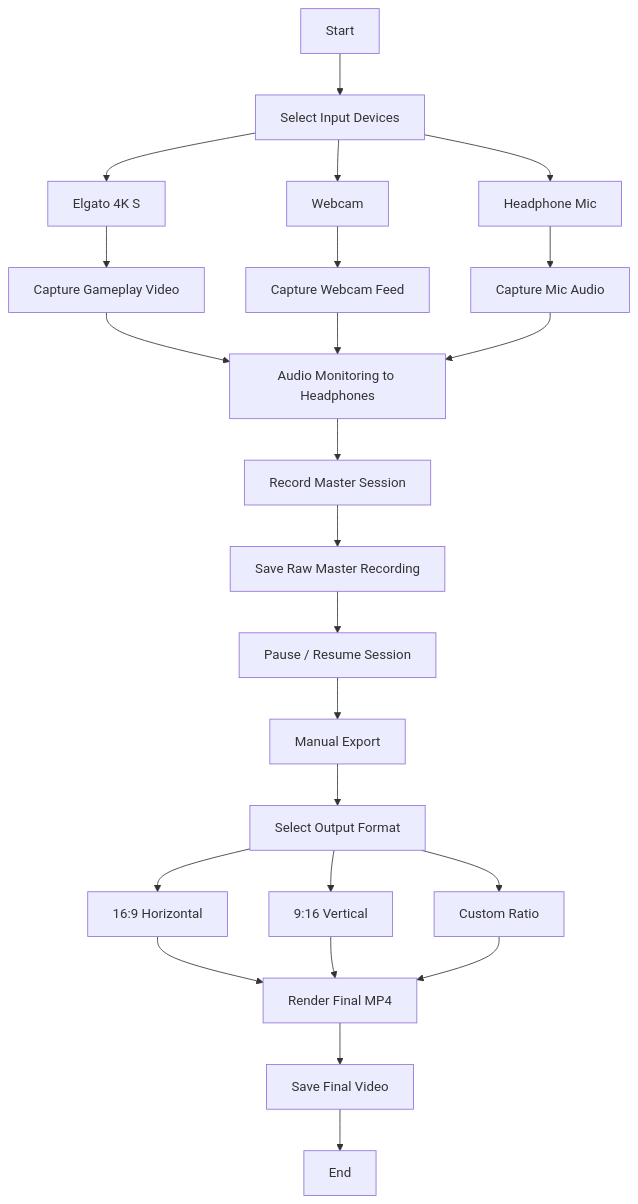
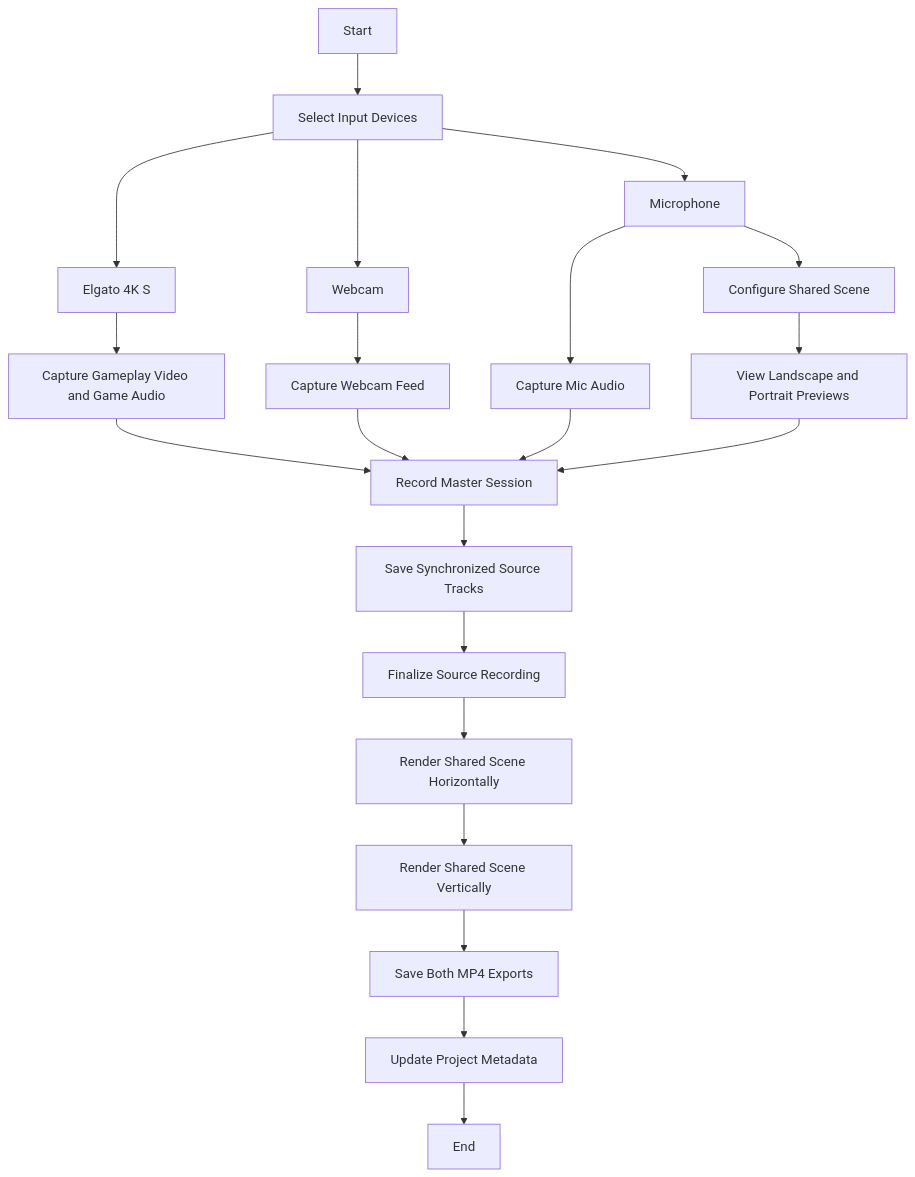
The diagram in docs/flow.md (babu-studios/babu-studio-app), drawn with Mermaid before and after one commit. The commit also changed other lines of this file and 21 other files, not shown here.

First line of the commit message:
Add macOS video and audio capture implementation

````diff
--- a/docs/flow.md
+++ b/docs/flow.md
@@ -1,31 +1,26 @@
 ```mermaid
 flowchart TD
     A[Start] --> B[Select Input Devices]
     B --> C[Elgato 4K S]
     B --> D[Webcam]
-    B --> E[Headphone Mic]
+    B --> E[Microphone]
+    E --> F[Configure Shared Scene]
+    F --> G[View Landscape and Portrait Previews]
 
-    C --> F[Capture Gameplay Video]
-    D --> G[Capture Webcam Feed]
-    E --> H[Capture Mic Audio]
+    C --> H[Capture Gameplay Video and Game Audio]
+    D --> I[Capture Webcam Feed]
+    E --> J[Capture Mic Audio]
 
-    F --> I[Audio Monitoring to Headphones]
-    G --> I
-    H --> I
+    H --> K[Record Master Session]
+    I --> K
+    J --> K
+    G --> K
 
-    I --> J[Record Master Session]
-    J --> K[Save Raw Master Recording]
-    K --> L[Pause / Resume Session]
-    L --> M[Manual Export]
-
-    M --> N[Select Output Format]
-    N --> O[16:9 Horizontal]
-    N --> P[9:16 Vertical]
-    N --> Q[Custom Ratio]
-
-    O --> R[Render Final MP4]
-    P --> R
-    Q --> R
-    R --> S[Save Final Video]
-    S --> T[End]
+    K --> L[Save Synchronized Source Tracks]
+    L --> M[Finalize Source Recording]
+    M --> N[Render Shared Scene Horizontally]
+    N --> O[Render Shared Scene Vertically]
+    O --> P[Save Both MP4 Exports]
+    P --> Q[Update Project Metadata]
+    Q --> R[End]
 ```
````
